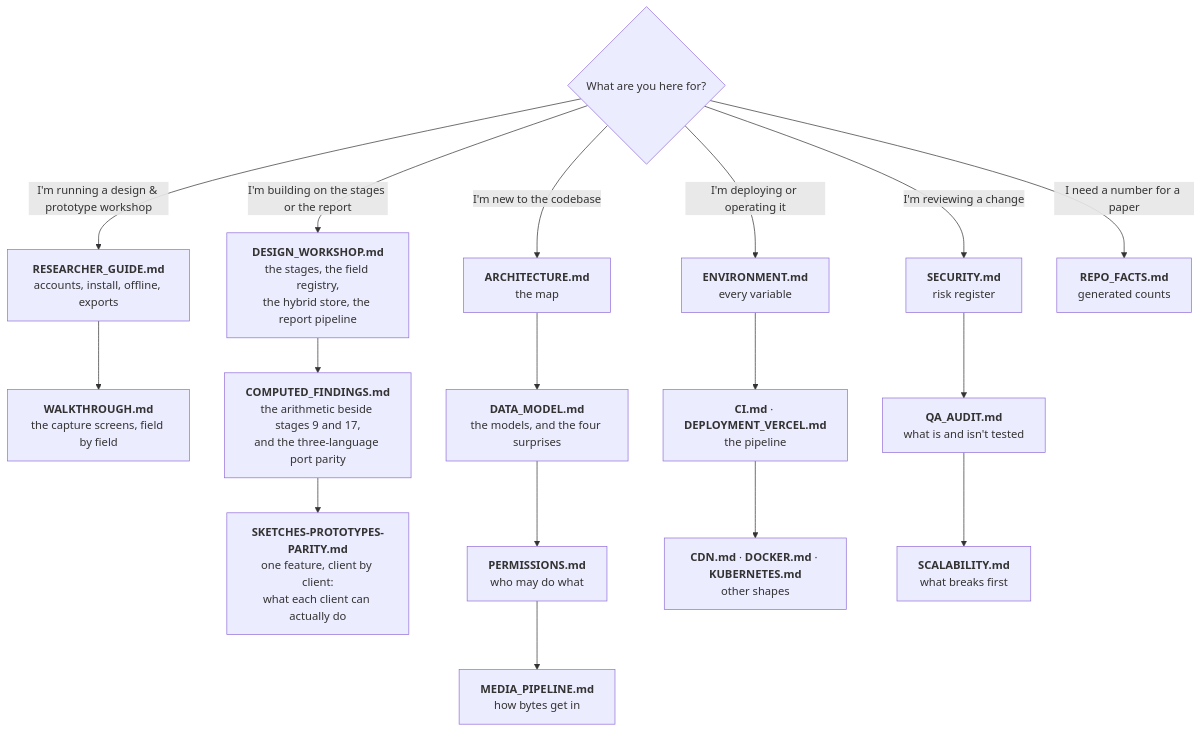
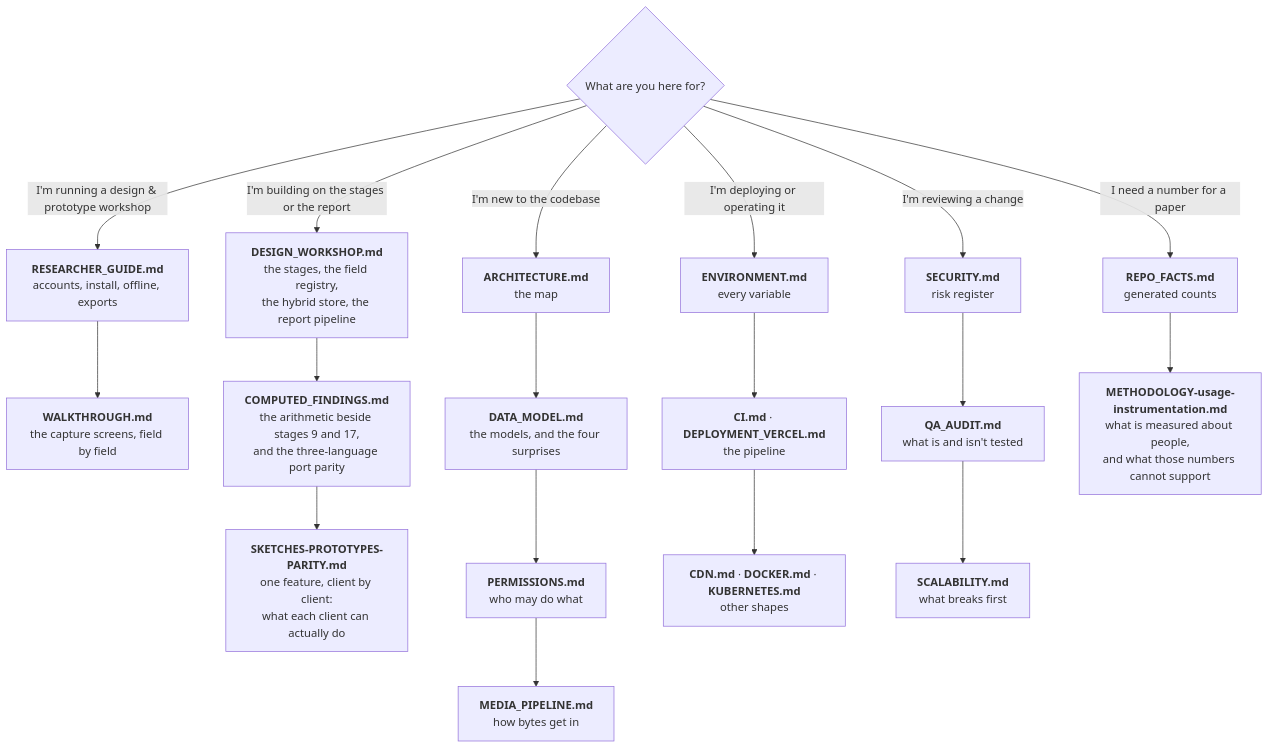
Before and after one commit to cxacraftecosystem-ui/designer-portal: the diagram in docs/README.md, drawn with Mermaid. The commit also changed other lines of this file and 270 other files, not shown here.

````diff
--- a/docs/README.md
+++ b/docs/README.md
@@ -11,28 +11,28 @@
 ```mermaid
 flowchart TD
   Q{What are you here for?}
 
   Q -->|"I'm running a design & prototype workshop"| R1
   Q -->|"I'm building on the stages or the report"| W1
   Q -->|"I'm new to the codebase"| D1
   Q -->|"I'm deploying or operating it"| O1
   Q -->|"I'm reviewing a change"| C1
   Q -->|"I need a number for a paper"| F1
 
   R1["<b>RESEARCHER_GUIDE.md</b><br/>accounts, install, offline, exports"] --> R2["<b>WALKTHROUGH.md</b><br/>the capture screens, field by field"]
 
   W1["<b>DESIGN_WORKSHOP.md</b><br/>the stages, the field registry,<br/>the hybrid store, the report pipeline"] --> W2["<b>COMPUTED_FINDINGS.md</b><br/>the arithmetic beside stages 9 and 17,<br/>and the three-language port parity"]
   W2 --> W3["<b>SKETCHES-PROTOTYPES-PARITY.md</b><br/>one feature, client by client:<br/>what each client can actually do"]
 
   D1["<b>ARCHITECTURE.md</b><br/>the map"] --> D2["<b>DATA_MODEL.md</b><br/>the models, and the four surprises"]
   D2 --> D3["<b>PERMISSIONS.md</b><br/>who may do what"]
   D3 --> D4["<b>MEDIA_PIPELINE.md</b><br/>how bytes get in"]
 
   O1["<b>ENVIRONMENT.md</b><br/>every variable"] --> O2["<b>CI.md</b> · <b>DEPLOYMENT_VERCEL.md</b><br/>the pipeline"]
   O2 --> O3["<b>CDN.md</b> · <b>DOCKER.md</b> · <b>KUBERNETES.md</b><br/>other shapes"]
 
   C1["<b>SECURITY.md</b><br/>risk register"] --> C2["<b>QA_AUDIT.md</b><br/>what is and isn't tested"]
   C2 --> C3["<b>SCALABILITY.md</b><br/>what breaks first"]
 
-  F1["<b>REPO_FACTS.md</b><br/>generated counts"]
+  F1["<b>REPO_FACTS.md</b><br/>generated counts"] --> F2["<b>METHODOLOGY-usage-instrumentation.md</b><br/>what is measured about people,<br/>and what those numbers cannot support"]
 ```
````
